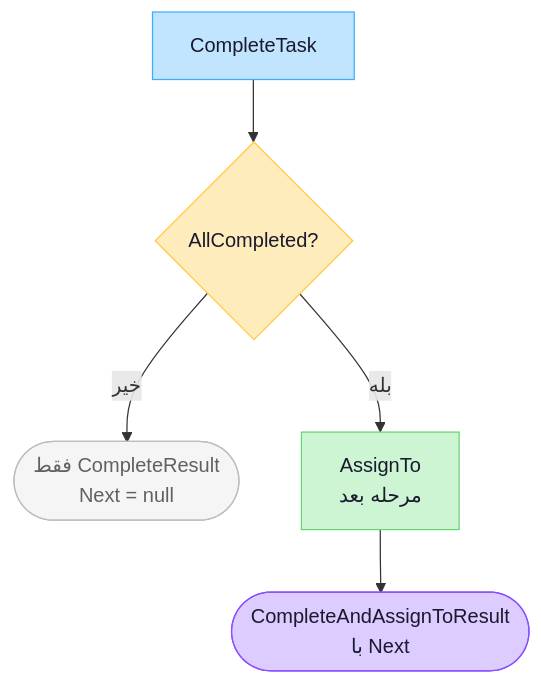
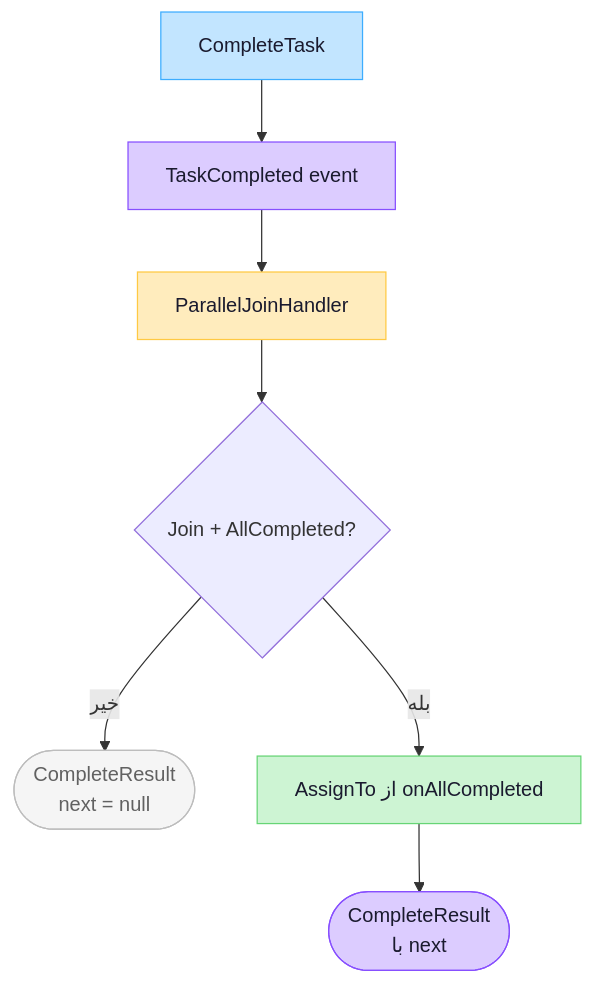
The second of 6 diagrams in docs/architecture.md (mortenaho/WorkFlowEngine), drawn with Mermaid before and after one commit. The commit also changed other lines of this file and 38 other files, not shown here.

````diff
--- a/docs/architecture.md
+++ b/docs/architecture.md
@@ -148,13 +150,16 @@
 ```mermaid
 flowchart TD
-    complete["CompleteTask"] --> check{"AllCompleted?"}
-    check -->|"خیر"| stop(["فقط CompleteResult<br/>Next = null"])
-    check -->|"بله"| refer["AssignTo<br/>مرحله بعد"]
-    refer --> out(["CompleteAndAssignToResult<br/>با Next"])
+    complete["CompleteTask"] --> event["TaskCompleted event"]
+    event --> handler["ParallelJoinHandler"]
+    handler --> check{"Join + AllCompleted?"}
+    check -->|"خیر"| stop(["CompleteResult<br/>next = null"])
+    check -->|"بله"| refer["AssignTo از onAllCompleted"]
+    refer --> out(["CompleteResult<br/>با next"])
 
     style complete fill:#C2E5FF,stroke:#3DADFF,color:#1a1a2e
-    style check fill:#FFECBD,stroke:#FFC943,color:#1a1a2e
+    style event fill:#DCCCFF,stroke:#874FFF,color:#1a1a2e
+    style handler fill:#FFECBD,stroke:#FFC943,color:#1a1a2e
     style refer fill:#CDF4D3,stroke:#66D575,color:#1a1a2e
     style stop fill:#f5f5f5,stroke:#bdbdbd,color:#616161
     style out fill:#DCCCFF,stroke:#874FFF,color:#1a1a2e
 ```
````
